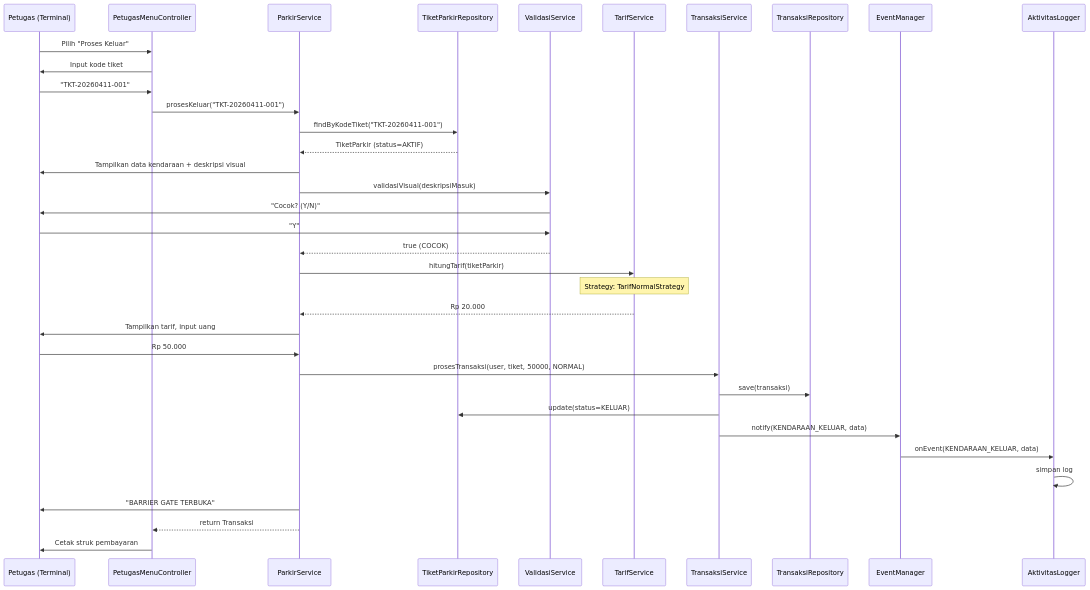
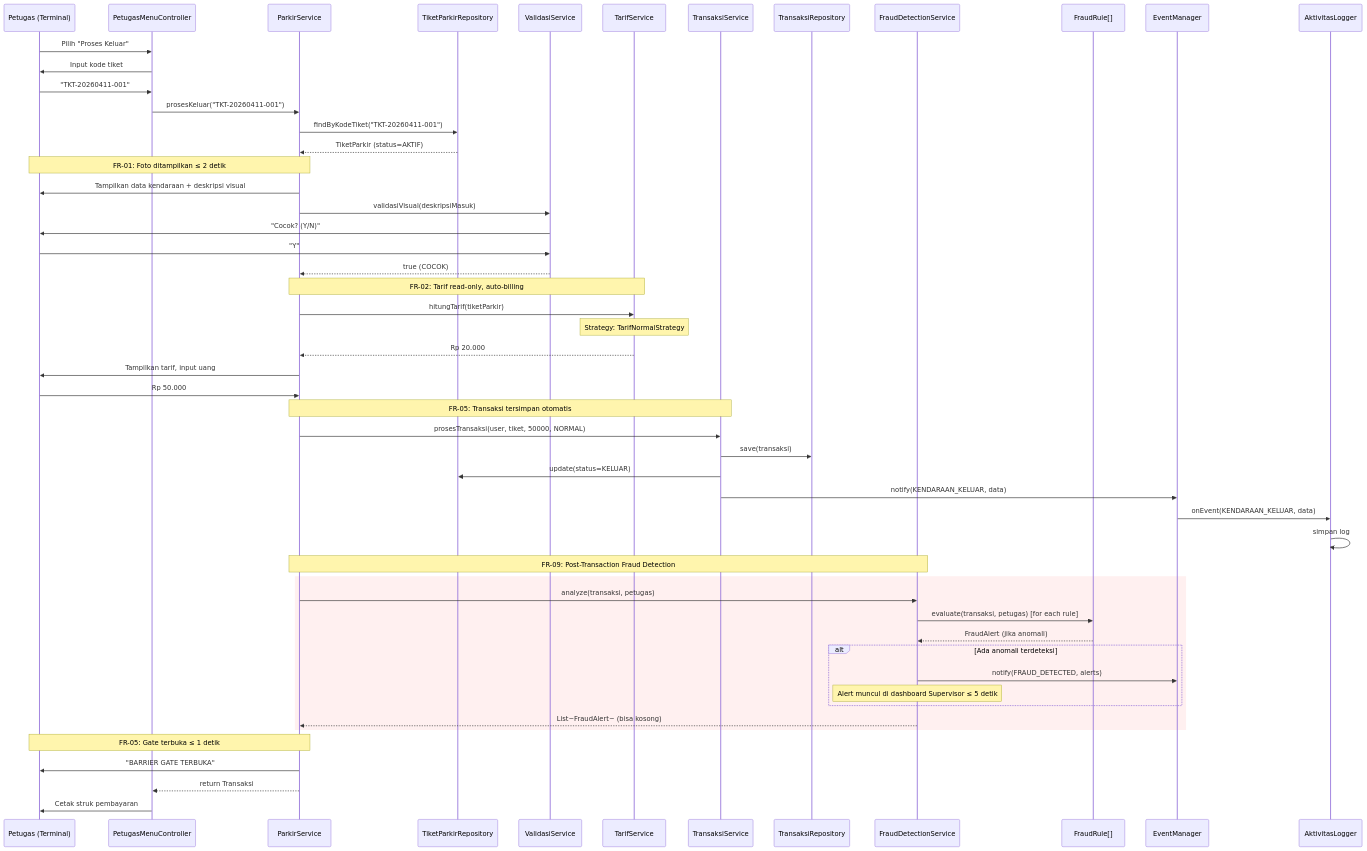
One commit to poggufanz/mkk-app changed the eighth of 12 diagrams in docs/2-TECHNICAL/teknis-diagram.md. Above: the diagram before and after it, drawn with Mermaid. The commit also changed other lines of this file and 11 other files, not shown here.

````diff
--- a/docs/2-TECHNICAL/teknis-diagram.md
+++ b/docs/2-TECHNICAL/teknis-diagram.md
@@ -1120,45 +1294,63 @@
 ```mermaid
 sequenceDiagram
     participant U as Petugas (Terminal)
     participant PMC as PetugasMenuController
     participant PS as ParkirService
     participant TPR as TiketParkirRepository
     participant VS as ValidasiService
     participant TS as TarifService
     participant TRS as TransaksiService
     participant TRR as TransaksiRepository
+    participant FDS as FraudDetectionService
+    participant FR as FraudRule[]
     participant EM as EventManager
     participant AL as AktivitasLogger
 
     U->>PMC: Pilih "Proses Keluar"
     PMC->>U: Input kode tiket
     U->>PMC: "TKT-20260411-001"
     PMC->>PS: prosesKeluar("TKT-20260411-001")
     PS->>TPR: findByKodeTiket("TKT-20260411-001")
     TPR-->>PS: TiketParkir (status=AKTIF)
 
+    Note over PS,U: FR-01: Foto ditampilkan ≤ 2 detik
     PS->>U: Tampilkan data kendaraan + deskripsi visual
     PS->>VS: validasiVisual(deskripsiMasuk)
     VS->>U: "Cocok? (Y/N)"
     U->>VS: "Y"
     VS-->>PS: true (COCOK)
 
+    Note over PS,TS: FR-02: Tarif read-only, auto-billing
     PS->>TS: hitungTarif(tiketParkir)
     Note over TS: Strategy: TarifNormalStrategy
     TS-->>PS: Rp 20.000
 
     PS->>U: Tampilkan tarif, input uang
     U->>PS: Rp 50.000
 
+    Note over PS,TRS: FR-05: Transaksi tersimpan otomatis
     PS->>TRS: prosesTransaksi(user, tiket, 50000, NORMAL)
     TRS->>TRR: save(transaksi)
     TRS->>TPR: update(status=KELUAR)
 
     TRS->>EM: notify(KENDARAAN_KELUAR, data)
     EM->>AL: onEvent(KENDARAAN_KELUAR, data)
     AL->>AL: simpan log
 
+    Note over PS,FDS: FR-09: Post-Transaction Fraud Detection
+    rect rgb(255, 240, 240)
+        PS->>FDS: analyze(transaksi, petugas)
+        FDS->>FR: evaluate(transaksi, petugas) [for each rule]
+        FR-->>FDS: FraudAlert (jika anomali)
+        alt Ada anomali terdeteksi
+            FDS->>EM: notify(FRAUD_DETECTED, alerts)
+            Note over FDS: Alert muncul di dashboard Supervisor ≤ 5 detik
+        end
+        FDS-->>PS: List~FraudAlert~ (bisa kosong)
+    end
+
+    Note over PS,U: FR-05: Gate terbuka ≤ 1 detik
     PS->>U: "BARRIER GATE TERBUKA"
     PS-->>PMC: return Transaksi
     PMC->>U: Cetak struk pembayaran
 ```
````
